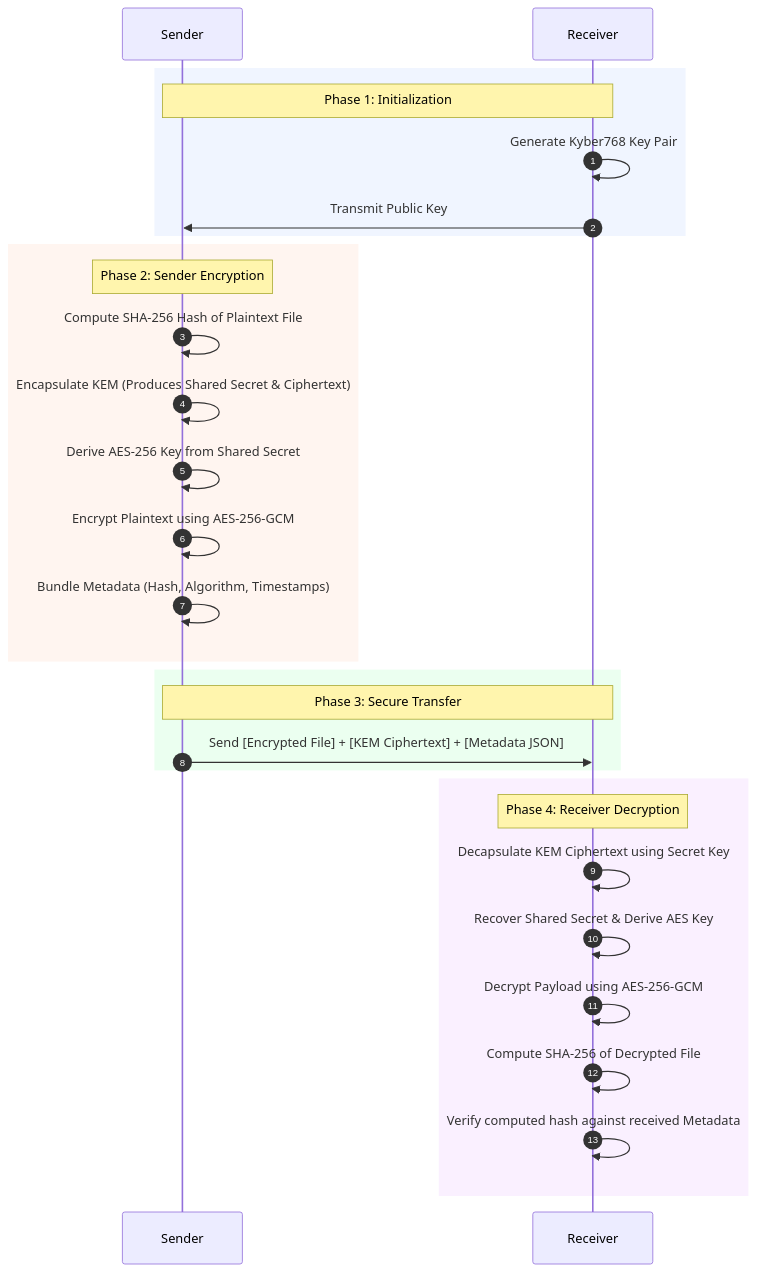
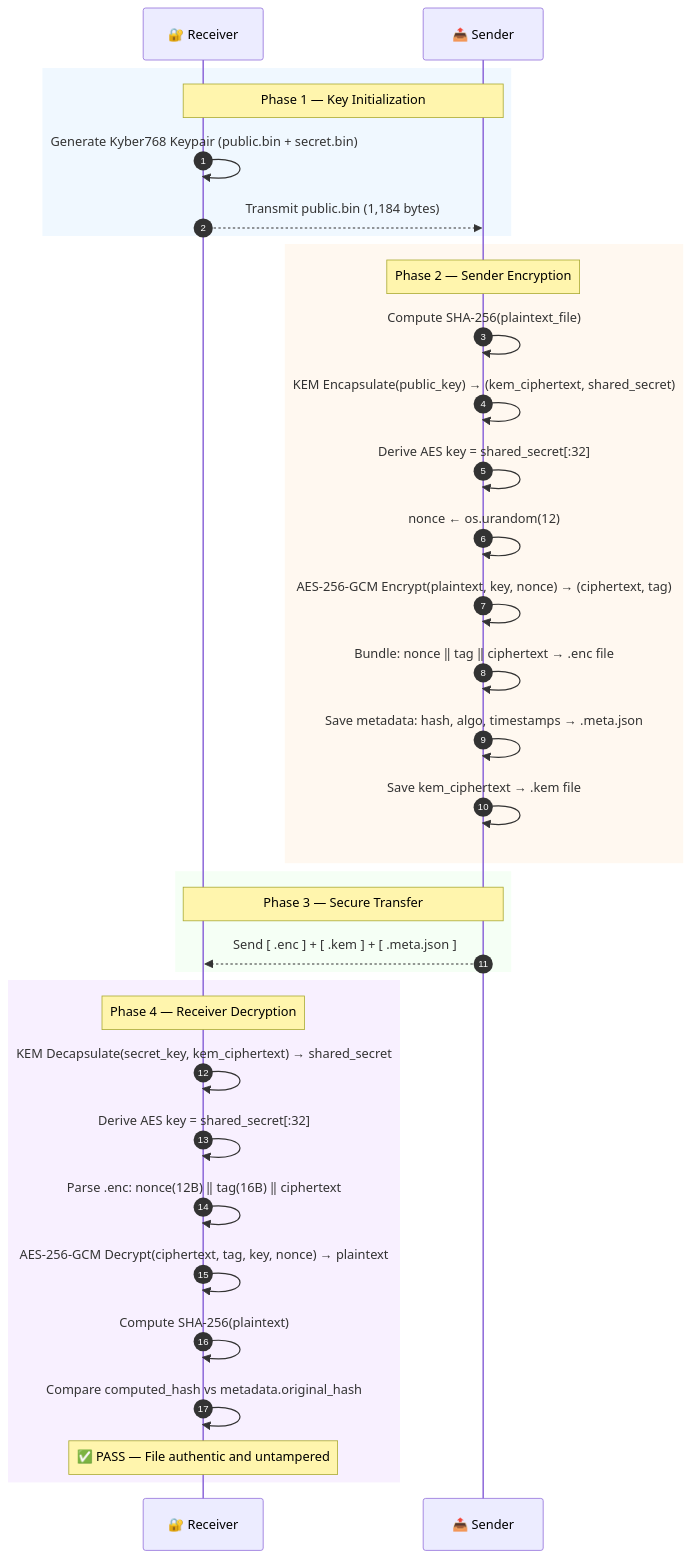
The second of 2 diagrams in README.md (moemairu/pangolin), drawn with Mermaid before and after one commit. The commit also changed other lines of this file, not shown here.

````diff
--- a/README.md
+++ b/README.md
@@ -117,35 +187,40 @@
 ```mermaid
 sequenceDiagram
     autonumber
-    participant S as Sender
-    participant R as Receiver
+    participant R as 🔐 Receiver
+    participant S as 📤 Sender
 
-    rect rgb(240, 245, 255)
-        Note over S,R: Phase 1: Initialization
-        R->>R: Generate Kyber768 Key Pair
-        R->>S: Transmit Public Key
+    rect rgb(240, 248, 255)
+        Note over R,S: Phase 1 — Key Initialization
+        R->>R: Generate Kyber768 Keypair (public.bin + secret.bin)
+        R-->>S: Transmit public.bin (1,184 bytes)
     end
 
-    rect rgb(255, 245, 240)
-        Note over S: Phase 2: Sender Encryption
-        S->>S: Compute SHA-256 Hash of Plaintext File
-        S->>S: Encapsulate KEM (Produces Shared Secret & Ciphertext)
-        S->>S: Derive AES-256 Key from Shared Secret
-        S->>S: Encrypt Plaintext using AES-256-GCM
-        S->>S: Bundle Metadata (Hash, Algorithm, Timestamps)
+    rect rgb(255, 248, 240)
+        Note over S: Phase 2 — Sender Encryption
+        S->>S: Compute SHA-256(plaintext_file)
+        S->>S: KEM Encapsulate(public_key) → (kem_ciphertext, shared_secret)
+        S->>S: Derive AES key = shared_secret[:32]
+        S->>S: nonce ← os.urandom(12)
+        S->>S: AES-256-GCM Encrypt(plaintext, key, nonce) → (ciphertext, tag)
+        S->>S: Bundle: nonce ‖ tag ‖ ciphertext → .enc file
+        S->>S: Save metadata: hash, algo, timestamps → .meta.json
+        S->>S: Save kem_ciphertext → .kem file
     end
 
-    rect rgb(235, 255, 240)
-        Note over S,R: Phase 3: Secure Transfer
-        S->>R: Send [Encrypted File] + [KEM Ciphertext] + [Metadata JSON]
+    rect rgb(245, 255, 245)
+        Note over R,S: Phase 3 — Secure Transfer
+        S-->>R: Send [ .enc ] + [ .kem ] + [ .meta.json ]
     end
 
-    rect rgb(250, 240, 255)
-        Note over R: Phase 4: Receiver Decryption
-        R->>R: Decapsulate KEM Ciphertext using Secret Key
-        R->>R: Recover Shared Secret & Derive AES Key
-        R->>R: Decrypt Payload using AES-256-GCM
-        R->>R: Compute SHA-256 of Decrypted File
-        R->>R: Verify computed hash against received Metadata
+    rect rgb(248, 240, 255)
+        Note over R: Phase 4 — Receiver Decryption
+        R->>R: KEM Decapsulate(secret_key, kem_ciphertext) → shared_secret
+        R->>R: Derive AES key = shared_secret[:32]
+        R->>R: Parse .enc: nonce(12B) ‖ tag(16B) ‖ ciphertext
+        R->>R: AES-256-GCM Decrypt(ciphertext, tag, key, nonce) → plaintext
+        R->>R: Compute SHA-256(plaintext)
+        R->>R: Compare computed_hash vs metadata.original_hash
+        Note over R: ✅ PASS — File authentic and untampered
     end
 ```
````
